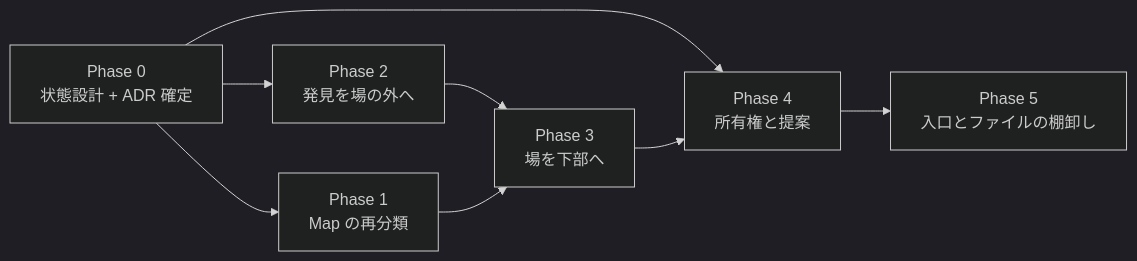
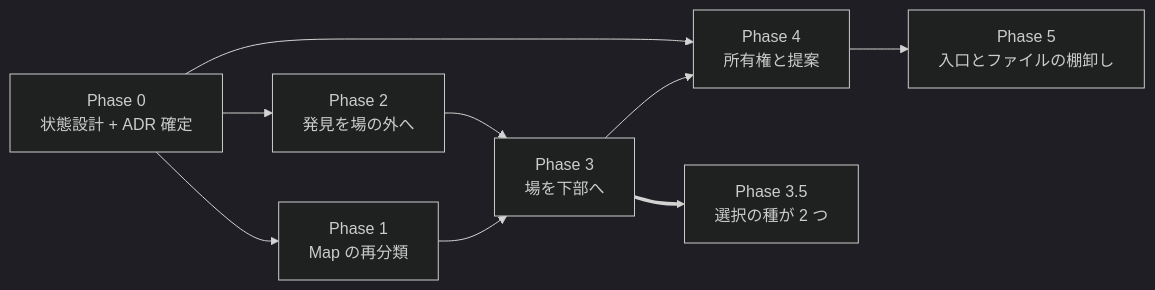
The diagram in docs/ia-redesign/03-implementation-order.md (yuubae215/easy-extrude), drawn with Mermaid (dark theme) before and after one commit. The commit also changed other lines of this file and 9 other files, not shown here.

````diff
--- a/docs/ia-redesign/03-implementation-order.md
+++ b/docs/ia-redesign/03-implementation-order.md
@@ -153,10 +193,11 @@
 ```mermaid
 graph LR
   P0["Phase 0<br/>状態設計 + ADR 確定"] --> P1["Phase 1<br/>Map の再分類"]
   P0 --> P2["Phase 2<br/>発見を場の外へ"]
   P0 --> P4["Phase 4<br/>所有権と提案"]
   P2 --> P3["Phase 3<br/>場を下部へ"]
   P1 --> P3
+  P3 ==> P35["Phase 3.5<br/>選択の種が 2 つ"]
   P3 --> P4
   P4 --> P5["Phase 5<br/>入口とファイルの棚卸し"]
 ```
````
